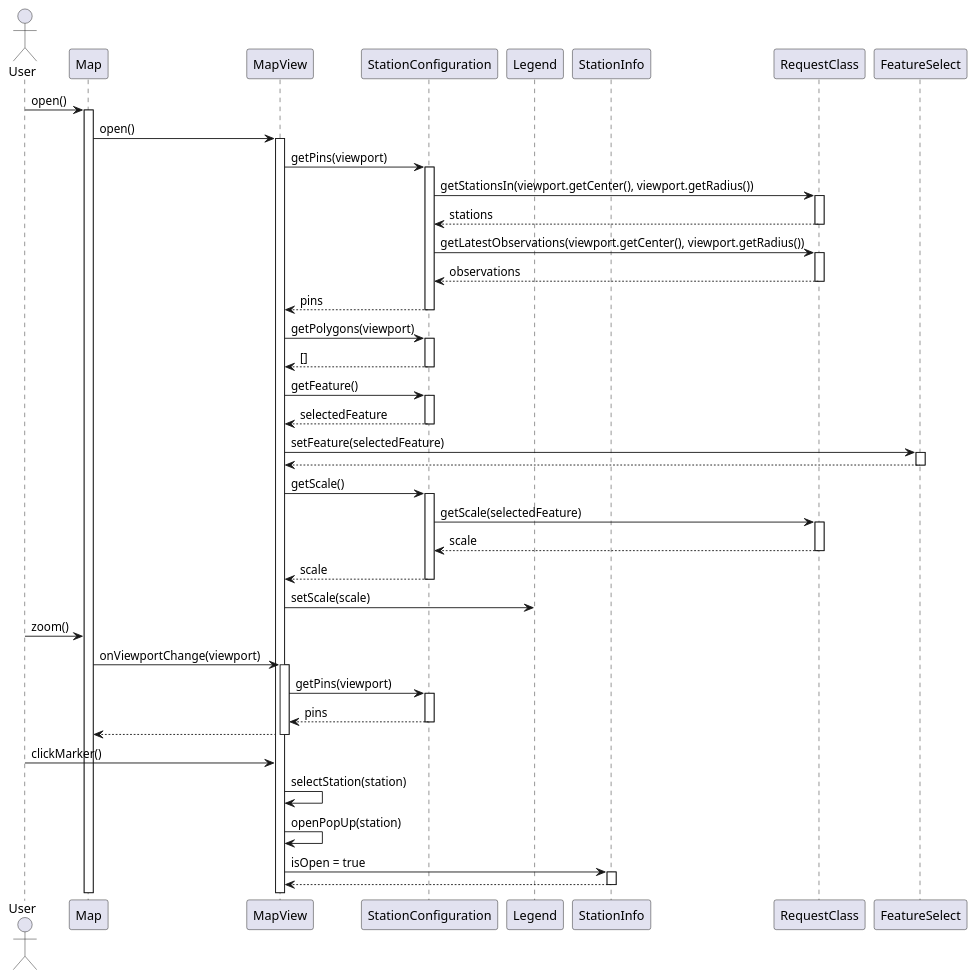
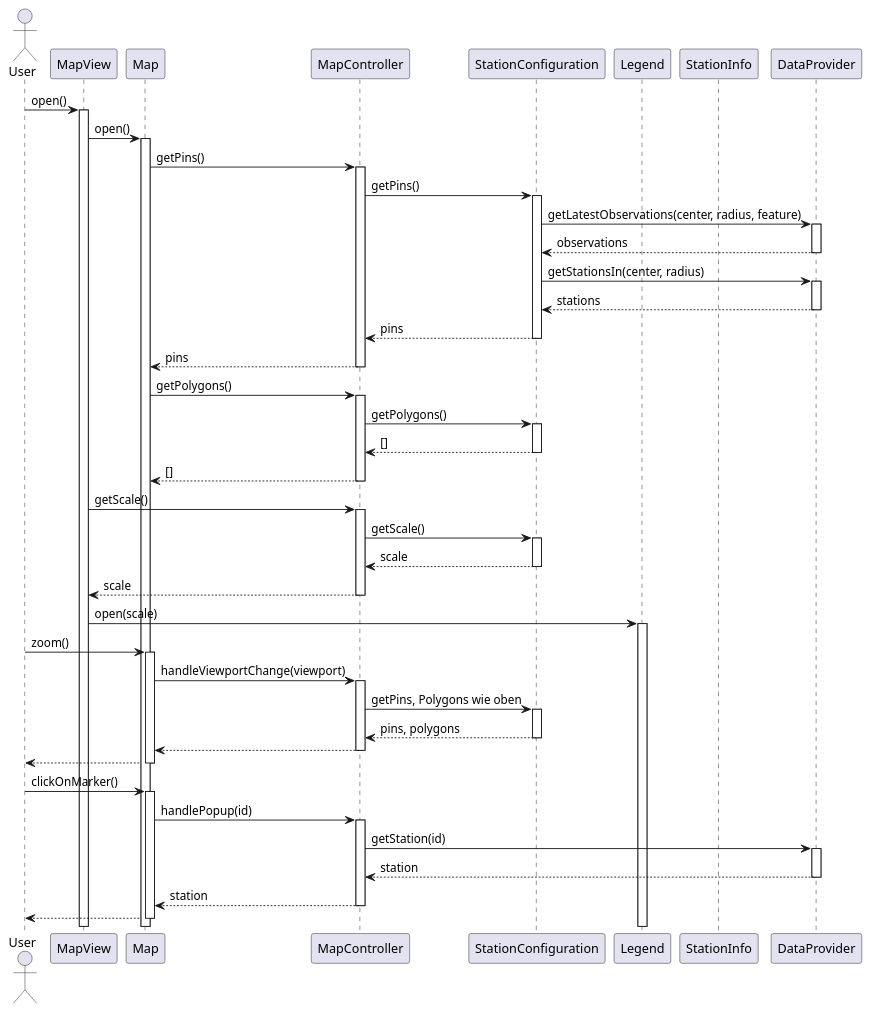
Before and after one commit to JonaEnz/pse-airquality-1: the diagram in Entwurf/PlantUML/MapPageTest.puml, drawn with PlantUML. The commit also changed 1 other file, not shown here.

Commit message:
redo MapPageTest

```diff
--- a/Entwurf/PlantUML/MapPageTest.puml
+++ b/Entwurf/PlantUML/MapPageTest.puml
@@ -1,48 +1,47 @@
 @startuml MapPageTest
 
 actor User
+participant MapView
 participant Map
-participant MapView
+participant MapController
 participant StationConfiguration
 participant Legend 
 participant StationInfo
-participant RequestClass
+participant DataProvider
 
-User -> Map ++: open()
-Map -> MapView ++: open()
-MapView -> StationConfiguration ++ : getPins(viewport)
-StationConfiguration -> RequestClass ++ : getStationsIn(viewport.getCenter(), viewport.getRadius())
+User -> MapView ++ : open()
+MapView -> Map ++ : open()
+Map -> MapController ++ : getPins()
+MapController -> StationConfiguration ++ : getPins()
+StationConfiguration -> DataProvider ++ : getLatestObservations(center, radius, feature)
+return observations
+StationConfiguration -> DataProvider ++ : getStationsIn(center, radius)
 return stations
-StationConfiguration -> RequestClass ++ : getLatestObservations(viewport.getCenter(), viewport.getRadius())
-return observations
-StationConfiguration --> MapView --: pins
+return pins
+return pins
+Map -> MapController ++ : getPolygons()
+MapController -> StationConfiguration ++ : getPolygons()
+return []
+return []
+MapView -> MapController ++ : getScale()
+MapController -> StationConfiguration ++ : getScale()
+return scale
+return scale
+MapView -> Legend ++ : open(scale)
 
-MapView -> StationConfiguration ++ : getPolygons(viewport)
-StationConfiguration --> MapView -- : []
-
-MapView -> StationConfiguration ++ : getFeature()
-StationConfiguration --> MapView -- : selectedFeature
-MapView -> FeatureSelect ++ : setFeature(selectedFeature)
+'Nutzer zoomt'
+User -> Map ++ : zoom()
+Map -> MapController ++ : handleViewportChange(viewport)
+MapController -> StationConfiguration ++ : getPins, Polygons wie oben
+return pins, polygons
+return 
 return
 
-MapView -> StationConfiguration ++ : getScale()
-StationConfiguration -> RequestClass ++: getScale(selectedFeature)
-return scale
-StationConfiguration --> MapView -- : scale
-MapView -> Legend : setScale(scale)
-
-' Zooming out
-User -> Map : zoom()
-Map -> MapView ++ : onViewportChange(viewport) 
-MapView -> StationConfiguration ++: getPins(viewport)
-return pins
+'Nutzer wählt Station'
+User -> Map ++ : clickOnMarker()
+Map -> MapController ++ : handlePopup(id)
+MapController -> DataProvider ++ : getStation(id)
+return station
+return station
 return
-' Click on station
-
-User -> MapView : clickMarker()
-MapView -> MapView : selectStation(station)
-MapView -> MapView : openPopUp(station)
-MapView -> StationInfo ++: isOpen = true
-return
-
 @enduml
```
